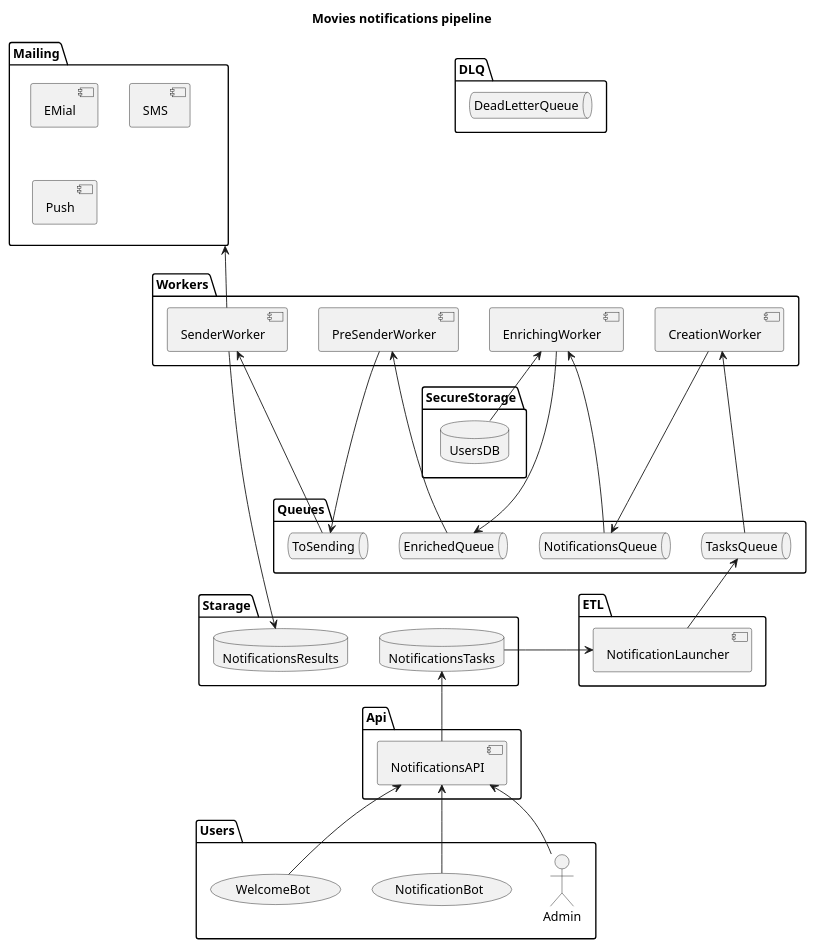
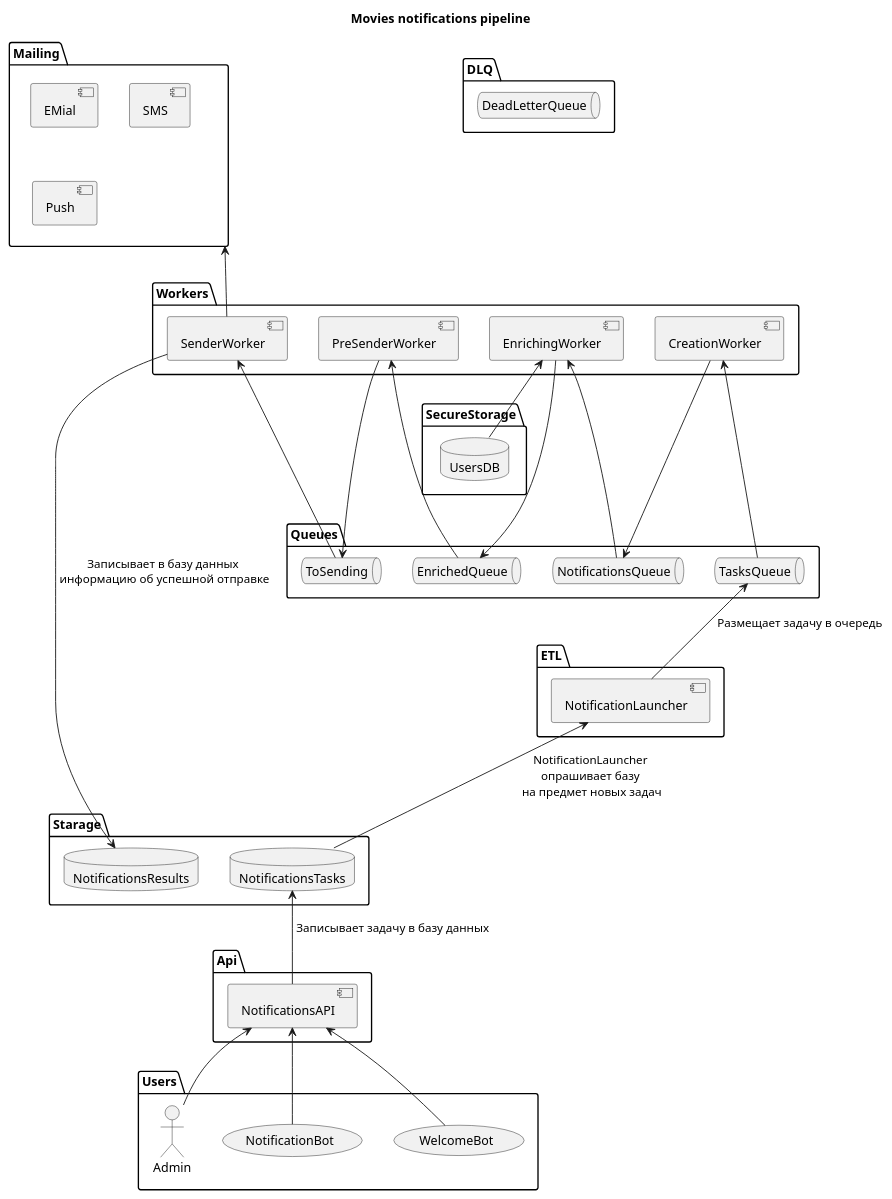
The diagram in docs/c2-notifications.puml (artwist-polyakov/Auth_sprint_1), drawn with PlantUML before and after one commit.

Commit message:
Добавляет аннотацию для связей

```diff
--- a/docs/c2-notifications.puml
+++ b/docs/c2-notifications.puml
@@ -1,72 +1,72 @@
 @startuml
 
 
 title
 <b>Movies notifications pipeline</b>
 end title
 
 package Users {
     actor Admin
     usecase NotificationBot
     usecase WelcomeBot
 }
 
 package ETL {
     component NotificationLauncher
 }
 
 package Starage {
     database NotificationsTasks
     database NotificationsResults
 }
 
 package SecureStorage {
     database UsersDB
 }
 
 package Api {
     component NotificationsAPI
 }
 
 package Queues {
     queue TasksQueue
     queue NotificationsQueue
     queue EnrichedQueue
     queue ToSending
 }
 
 package DLQ {
     queue DeadLetterQueue
 }
 
 package Workers {
     component CreationWorker
     component EnrichingWorker
     component PreSenderWorker
     component SenderWorker
 }
 
 package Mailing {
     component EMial
     component SMS
     component Push
 }
 
 Admin -up-> NotificationsAPI
 NotificationBot  -up-> NotificationsAPI
 WelcomeBot  -up-> NotificationsAPI
-NotificationsAPI -up-> NotificationsTasks
-NotificationsTasks -right-> NotificationLauncher
-NotificationLauncher -up-> TasksQueue
+NotificationsAPI -up-> NotificationsTasks: " Записывает задачу в базу данных"
+NotificationsTasks -up-> NotificationLauncher: "NotificationLauncher \nопрашивает базу \nна предмет новых задач"
+NotificationLauncher -up-> TasksQueue: " Размещает задачу в очередь"
 TasksQueue --up-> CreationWorker
 CreationWorker --down-> NotificationsQueue
 NotificationsQueue --up-> EnrichingWorker
 EnrichingWorker --down-> EnrichedQueue
 EnrichingWorker <-- UsersDB
 EnrichedQueue --up-> PreSenderWorker
 PreSenderWorker --down-> ToSending
 ToSending --up-> SenderWorker
-SenderWorker --down-> NotificationsResults
+SenderWorker --down-> NotificationsResults: " Записывает в базу данных \n информацию об успешной отправке"
 SenderWorker --up-> Mailing
 
 @enduml
```
